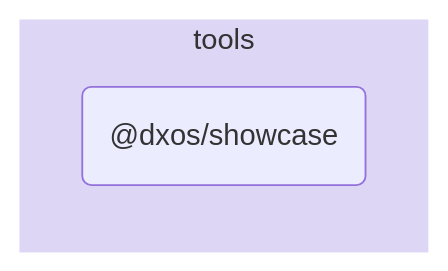
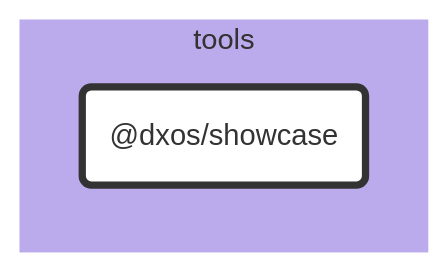
Before and after one commit to dxos/dxos: the diagram in tools/showcase/docs/README.md, drawn with Mermaid. The commit also changed other lines of this file and 89 other files, not shown here.

````diff
--- a/tools/showcase/docs/README.md
+++ b/tools/showcase/docs/README.md
@@ -5,9 +7,25 @@
 ```mermaid
-flowchart LR;
+%%{ init: {'flowchart':{'curve':'basis'}} }%%
 
+flowchart LR
+
+%% Links
+
+%% Sections
 subgraph tools
-  style tools fill:#ded6f5,stroke:#fff;
-  dxos/showcase("@dxos/showcase");
+  style tools fill:#bbabed,stroke:#fff;
+
+  dxos/showcase("@dxos/showcase")
 end
 
+
+%% Hyperlinks
+
+%% Styles
+classDef rootNode fill:#fff,stroke:#333,stroke-width:4px
+classDef defaultNode fill:#fff,stroke:#333,stroke-width:1px
+linkStyle default stroke:#333,stroke-width:1px
+
+dxos/showcase:::rootNode
+
 ```
````
